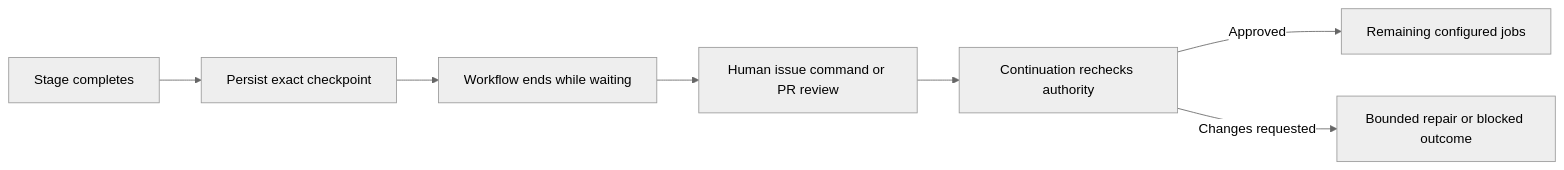
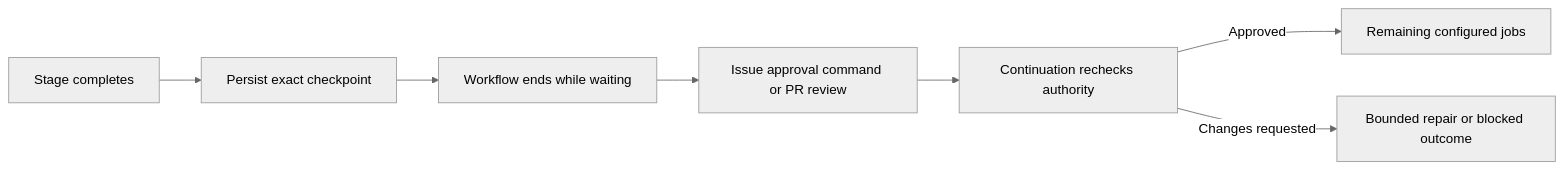
Before and after one commit to phuongnse/nexkit: the diagram in docs/stage-approvals.md, drawn with Mermaid (neutral theme). The commit also changed other lines of this file and 29 other files, not shown here.

````diff
--- a/docs/stage-approvals.md
+++ b/docs/stage-approvals.md
@@ -13,9 +13,9 @@
 ```mermaid
 flowchart LR
   S[Stage completes] --> C[Persist exact checkpoint]
   C --> W[Workflow ends while waiting]
-  W --> E[Human issue command or PR review]
+  W --> E[Issue approval command or PR review]
   E --> V[Continuation rechecks authority]
   V -->|Approved| N[Remaining configured jobs]
   V -->|Changes requested| R[Bounded repair or blocked outcome]
 ```
````
